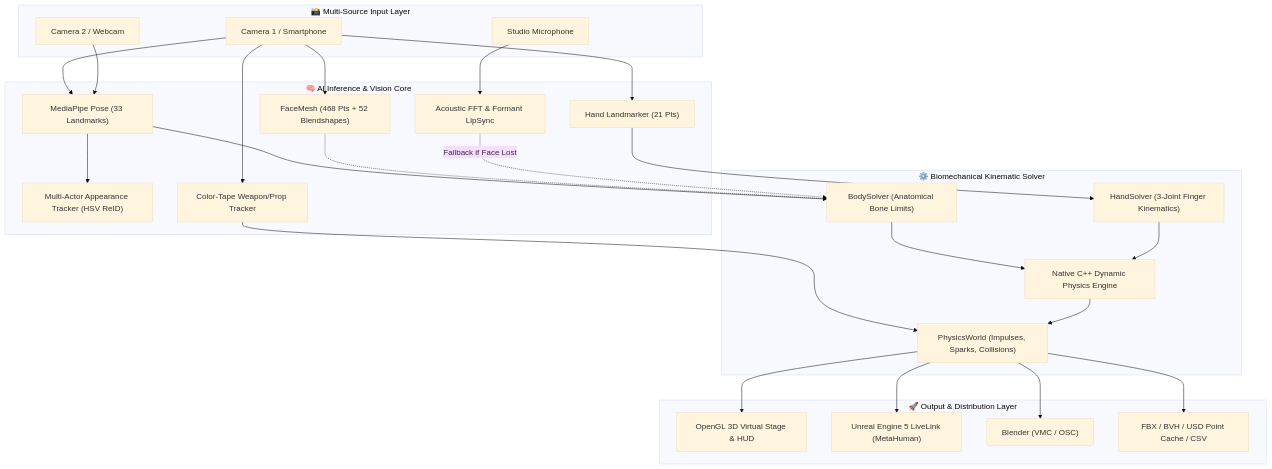
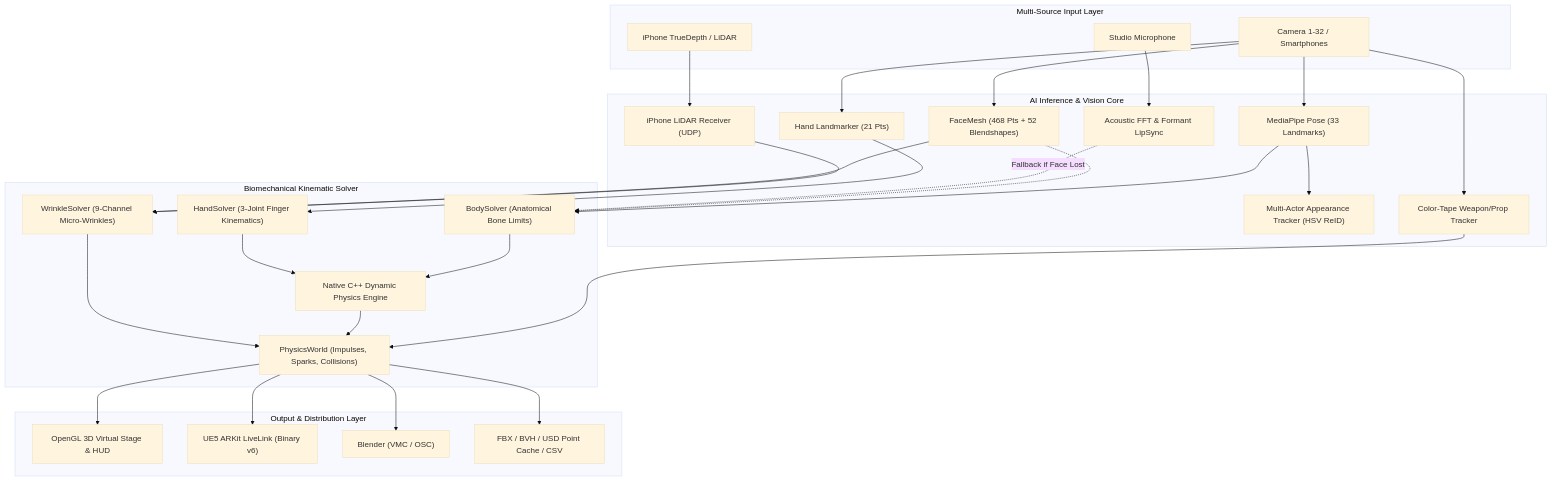
One commit to Maetarenn/Kinetra-Motion-Studio changed the diagram in README.md. Above: the diagram before and after it, drawn with Mermaid (base theme). The commit also changed other lines of this file and 25 other files, not shown here.

````diff
--- a/README.md
+++ b/README.md
@@ -124,45 +148,49 @@
 ```mermaid
 flowchart TD
-    subgraph INPUT ["📸 Multi-Source Input Layer"]
-        Cam0["Camera 1 / Smartphone"]
-        Cam1["Camera 2 / Webcam"]
+    subgraph INPUT ["Multi-Source Input Layer"]
+        Cam0["Camera 1-32 / Smartphones"]
+        iPhone["iPhone TrueDepth / LiDAR"]
         Mic["Studio Microphone"]
     end
 
-    subgraph AI_CORE ["🧠 AI Inference & Vision Core"]
+    subgraph AI_CORE ["AI Inference & Vision Core"]
         PoseNet["MediaPipe Pose (33 Landmarks)"]
         FaceNet["FaceMesh (468 Pts + 52 Blendshapes)"]
         HandNet["Hand Landmarker (21 Pts)"]
         ReID["Multi-Actor Appearance Tracker (HSV ReID)"]
         PropTrack["Color-Tape Weapon/Prop Tracker"]
         AudioFFT["Acoustic FFT & Formant LipSync"]
+        iPhoneRcv["iPhone LiDAR Receiver (UDP)"]
     end
 
-    subgraph KINEMATICS ["⚙️ Biomechanical Kinematic Solver"]
+    subgraph KINEMATICS ["Biomechanical Kinematic Solver"]
         BodySolver["BodySolver (Anatomical Bone Limits)"]
         HandSolver["HandSolver (3-Joint Finger Kinematics)"]
+        WrinkleSolver["WrinkleSolver (9-Channel Micro-Wrinkles)"]
         Physics["PhysicsWorld (Impulses, Sparks, Collisions)"]
         CPP["Native C++ Dynamic Physics Engine"]
     end
 
-    subgraph OUTPUT ["🚀 Output & Distribution Layer"]
+    subgraph OUTPUT ["Output & Distribution Layer"]
         Viewport["OpenGL 3D Virtual Stage & HUD"]
-        UE5["Unreal Engine 5 LiveLink (MetaHuman)"]
+        UE5["UE5 ARKit LiveLink (Binary v6)"]
         Blender["Blender (VMC / OSC)"]
         Export["FBX / BVH / USD Point Cache / CSV"]
     end
 
     Cam0 --> PoseNet & FaceNet & HandNet
-    Cam1 --> PoseNet
+    iPhone --> iPhoneRcv --> WrinkleSolver
     Mic --> AudioFFT
     PoseNet --> ReID & BodySolver
     HandNet --> HandSolver
     FaceNet -.-> BodySolver
+    FaceNet --> WrinkleSolver
     AudioFFT -.->|Fallback if Face Lost| BodySolver
     Cam0 --> PropTrack --> Physics
     BodySolver & HandSolver --> CPP --> Physics
+    WrinkleSolver --> Physics
     Physics --> Viewport
     Physics --> UE5
     Physics --> Blender
     Physics --> Export
 ```
````
